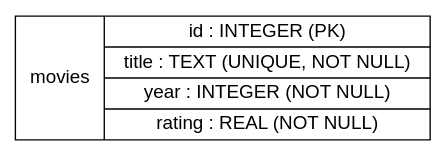
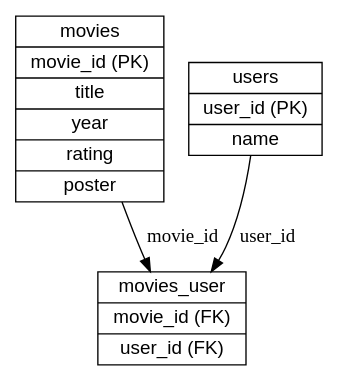
The diagram in docs/db_schema.dot (nesmomik/MovieBrain), drawn with Graphviz before and after one commit.

Commit message:
Updated documentation after changing db layout

```diff
--- a/docs/db_schema.dot
+++ b/docs/db_schema.dot
@@ -1,13 +1,10 @@
 digraph ERD {
-    graph [rankdir=LR];  // left-to-right layout
     node [shape=record, fontname=Helvetica];
 
-    movies [
-        label="{ movies | 
-            { id : INTEGER (PK) | 
-              title : TEXT (UNIQUE, NOT NULL) | 
-              year : INTEGER (NOT NULL) | 
-              rating : REAL (NOT NULL) }
-        }"
-    ];
-}
+    movies [label="{movies| movie_id (PK) | title | year | rating | poster}"];
+    users [label="{users| user_id (PK) | name}"];
+    movies_user [label="{movies_user| movie_id (FK) | user_id (FK)}"];
+
+    movies -> movies_user [label="movie_id"];
+    users -> movies_user [label="user_id"];
+ }
```
